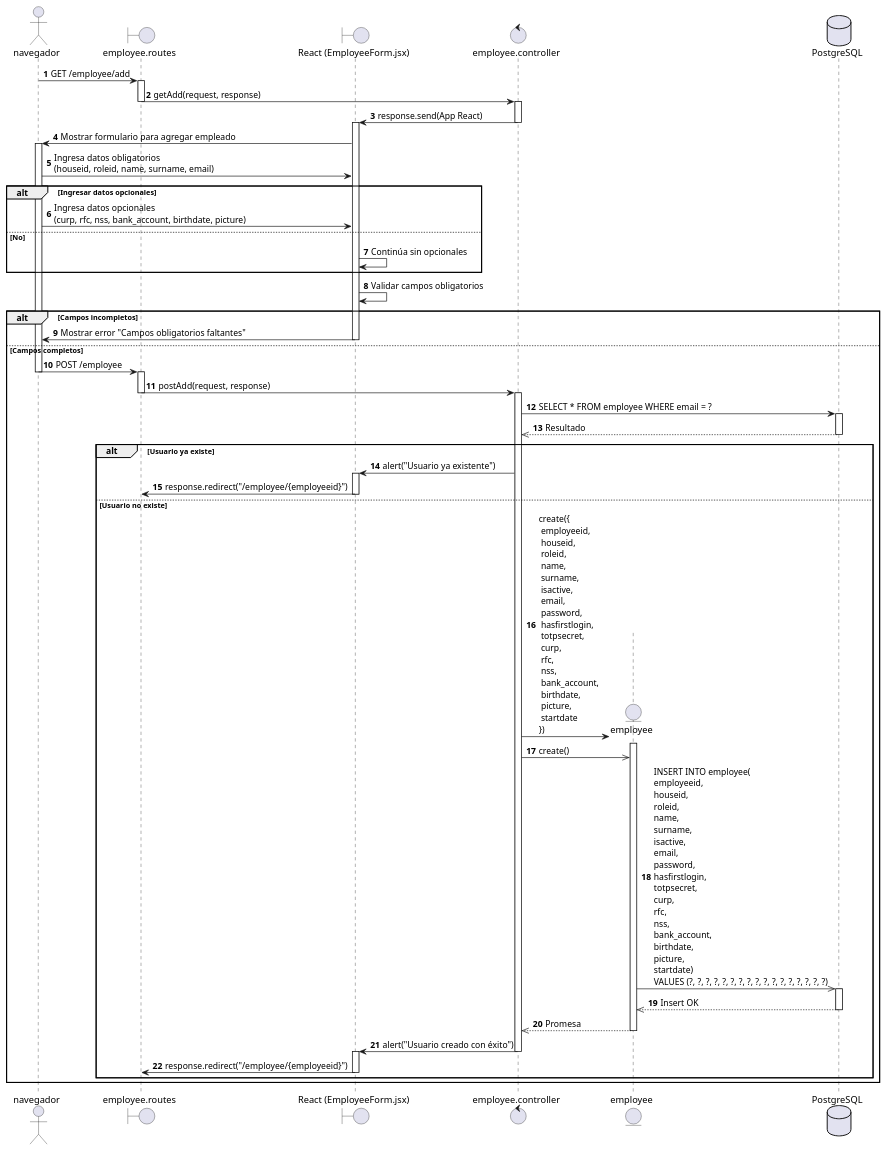
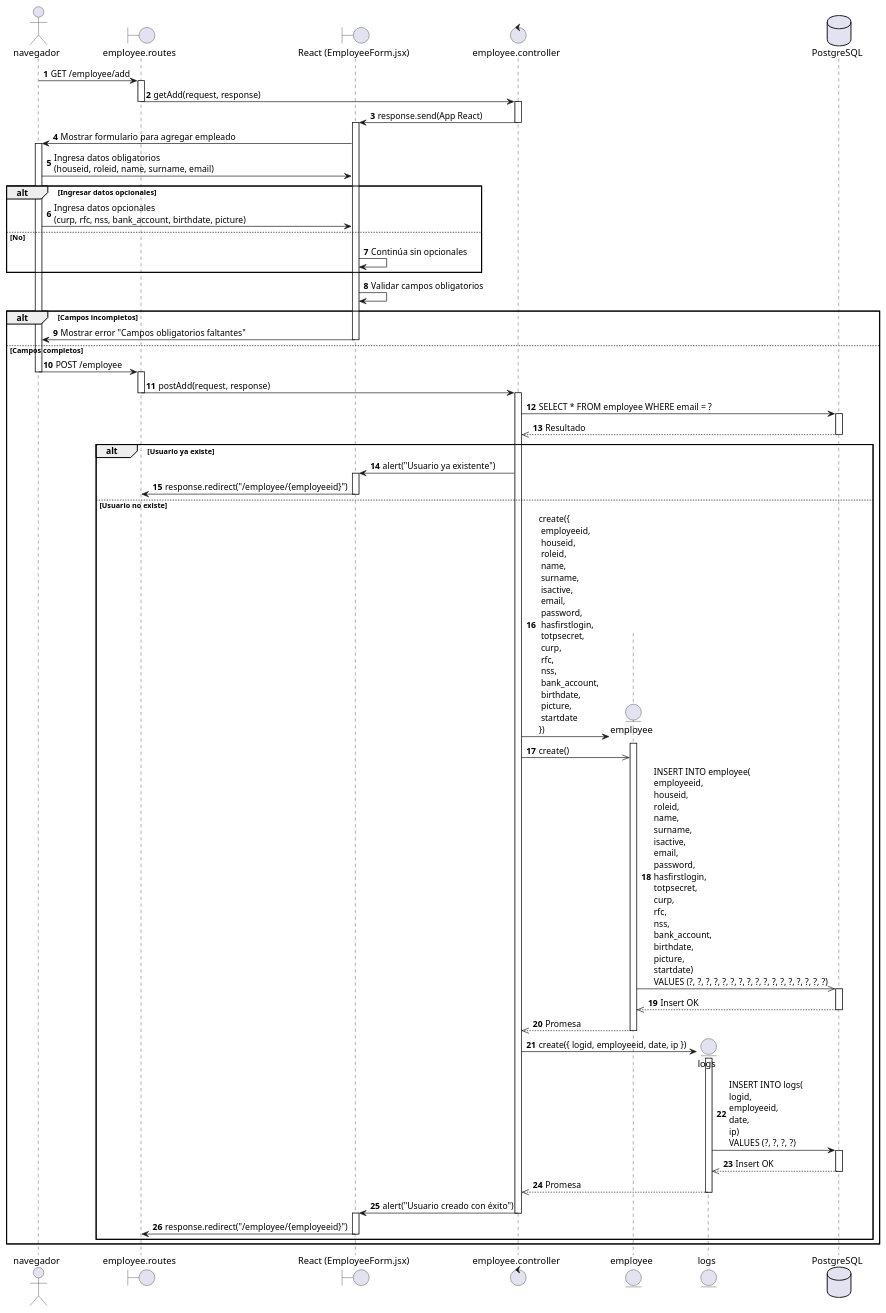
The diagram in diagrams/Sequence diagram/HU01.puml (AztlanConsulting/RCHQ-Back), drawn with PlantUML before and after one commit. The commit also changed 1 other file, not shown here.

Commit message:
Add: The function that saves the action done is added to the activity and sequence diagram

```diff
--- a/diagrams/Sequence diagram/HU01.puml
+++ b/diagrams/Sequence diagram/HU01.puml
@@ -1,88 +1,101 @@
 @startuml HU01 - Administrador registra empleado
 
 actor navegador
 boundary employee.routes
 boundary "React (EmployeeForm.jsx)" as ReactView
 control employee.controller
 entity employee
+entity logs
 database PostgreSQL
 
 autonumber
 
 navegador -> employee.routes : GET /employee/add
 activate employee.routes
 
 employee.routes -> employee.controller: getAdd(request, response)
 deactivate employee.routes
 activate employee.controller
 
 employee.controller -> ReactView: response.send(App React)
 deactivate employee.controller
 activate ReactView
 
 ReactView -> navegador : Mostrar formulario para agregar empleado
 activate navegador
 
 navegador -> ReactView : Ingresa datos obligatorios\n(houseid, roleid, name, surname, email)
 
 alt Ingresar datos opcionales
     navegador -> ReactView : Ingresa datos opcionales\n(curp, rfc, nss, bank_account, birthdate, picture)
 else No
     ReactView -> ReactView : Continúa sin opcionales
 end
 
 ReactView -> ReactView : Validar campos obligatorios
 
 alt Campos incompletos
     ReactView -> navegador : Mostrar error "Campos obligatorios faltantes"
     deactivate ReactView
 else Campos completos
 
     navegador -> employee.routes : POST /employee
     deactivate navegador
     activate employee.routes
 
     employee.routes -> employee.controller : postAdd(request, response)
     deactivate employee.routes
     activate employee.controller
 
     employee.controller -> PostgreSQL : SELECT * FROM employee WHERE email = ?
     activate PostgreSQL
     PostgreSQL -->> employee.controller : Resultado
     deactivate PostgreSQL
 
     alt Usuario ya existe
         employee.controller -> ReactView : alert("Usuario ya existente")
         activate ReactView
 
         ReactView -> employee.routes : response.redirect("/employee/{employeeid}")
         deactivate ReactView
         
     else Usuario no existe
         
         create employee
         employee.controller -> employee : create({\n employeeid,\n houseid,\n roleid,\n name,\n surname,\n isactive,\n email,\n password,\n hasfirstlogin,\n totpsecret,\n curp,\n rfc,\n nss,\n bank_account,\n birthdate,\n picture,\n startdate\n})
         activate employee
 
         employee.controller ->> employee : create()
         
         employee ->> PostgreSQL : INSERT INTO employee(\nemployeeid,\nhouseid,\nroleid,\nname,\nsurname,\nisactive,\nemail,\npassword,\nhasfirstlogin,\ntotpsecret,\ncurp,\nrfc,\nnss,\nbank_account,\nbirthdate,\npicture,\nstartdate)\nVALUES (?, ?, ?, ?, ?, ?, ?, ?, ?, ?, ?, ?, ?, ?, ?, ?, ?)
 
         activate PostgreSQL
         PostgreSQL -->> employee : Insert OK
         deactivate PostgreSQL
 
         employee -->> employee.controller : Promesa
         deactivate employee
+
+        create logs
+        employee.controller -> logs : create({ logid, employeeid, date, ip })
+        activate logs
+
+        logs -> PostgreSQL : INSERT INTO logs(\nlogid,\nemployeeid,\ndate,\nip)\nVALUES (?, ?, ?, ?)
+        activate PostgreSQL
+        PostgreSQL -->> logs : Insert OK
+        deactivate PostgreSQL
+
+        logs -->> employee.controller : Promesa
+        deactivate logs
         
         employee.controller -> ReactView : alert("Usuario creado con éxito")
         deactivate employee.controller
         activate ReactView
         
         ReactView -> employee.routes : response.redirect("/employee/{employeeid}")
         deactivate ReactView
 
     end
 end
 
 @enduml
```
